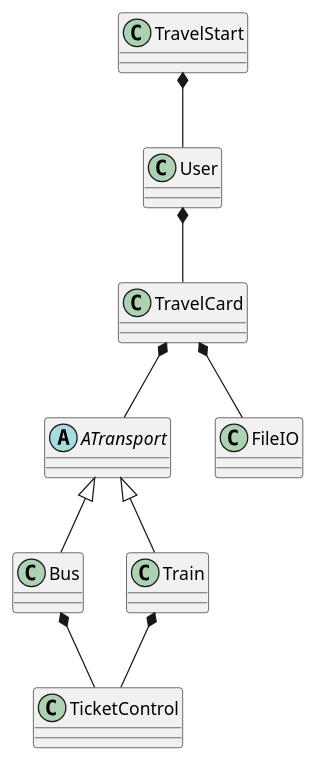
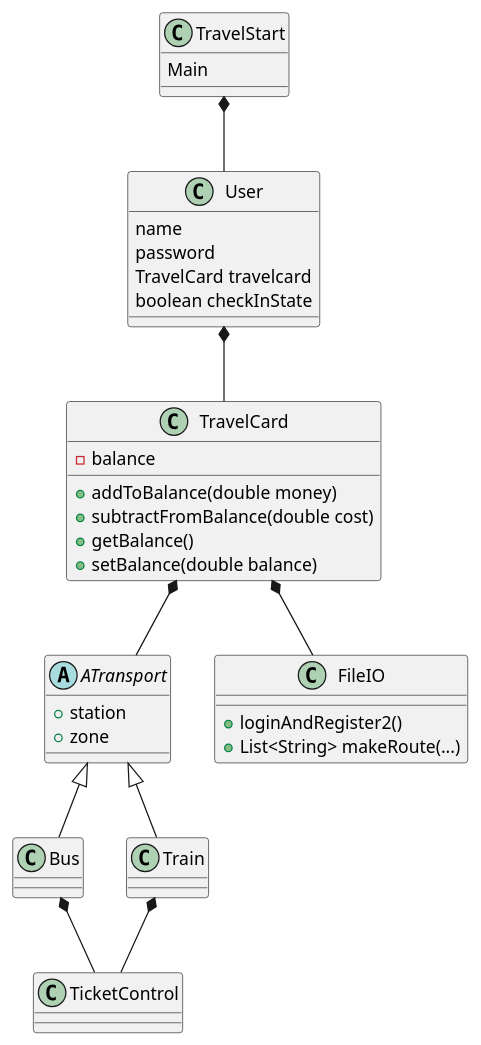
One commit to LUJHNA/ICEprojektGruppeQ changed the diagram in out/production/ICEprojektGruppeQ/KlasseDiagram.puml. Above: the diagram before and after it, drawn with PlantUML. The commit also changed 1 other file, not shown here.

```diff
--- a/out/production/ICEprojektGruppeQ/KlasseDiagram.puml
+++ b/out/production/ICEprojektGruppeQ/KlasseDiagram.puml
@@ -1,22 +1,39 @@
 @startuml
 class TravelStart
 class User
 class TravelCard
 abstract class ATransport
 class TicketControl
 
 TravelStart *-- User
 User *-- TravelCard
 TravelCard *-- ATransport
 
 ATransport <|-- Bus
 ATransport <|-- Train
 
 Bus *-- TicketControl
 Train *-- TicketControl
 
 TravelCard *--FileIO
 
+TravelStart : Main
 
+ATransport : +station
+ATransport : +zone
+
+ User : name
+ User : password
+ User : TravelCard travelcard
+ User : boolean checkInState
+
+TravelCard : -balance
+TravelCard : +addToBalance(double money)
+TravelCard : +subtractFromBalance(double cost)
+TravelCard : +getBalance()
+TravelCard : +setBalance(double balance)
+
+FileIO : +loginAndRegister2()
+FileIO : +List<String> makeRoute(...)
 
 @enduml
```
